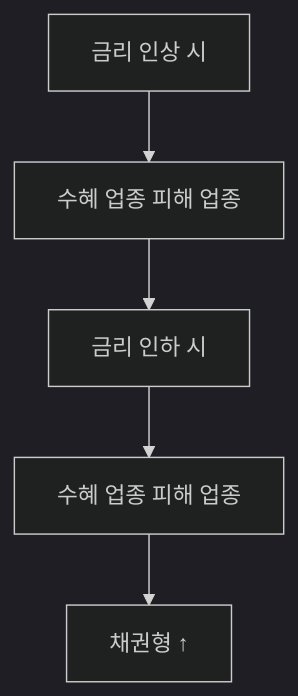
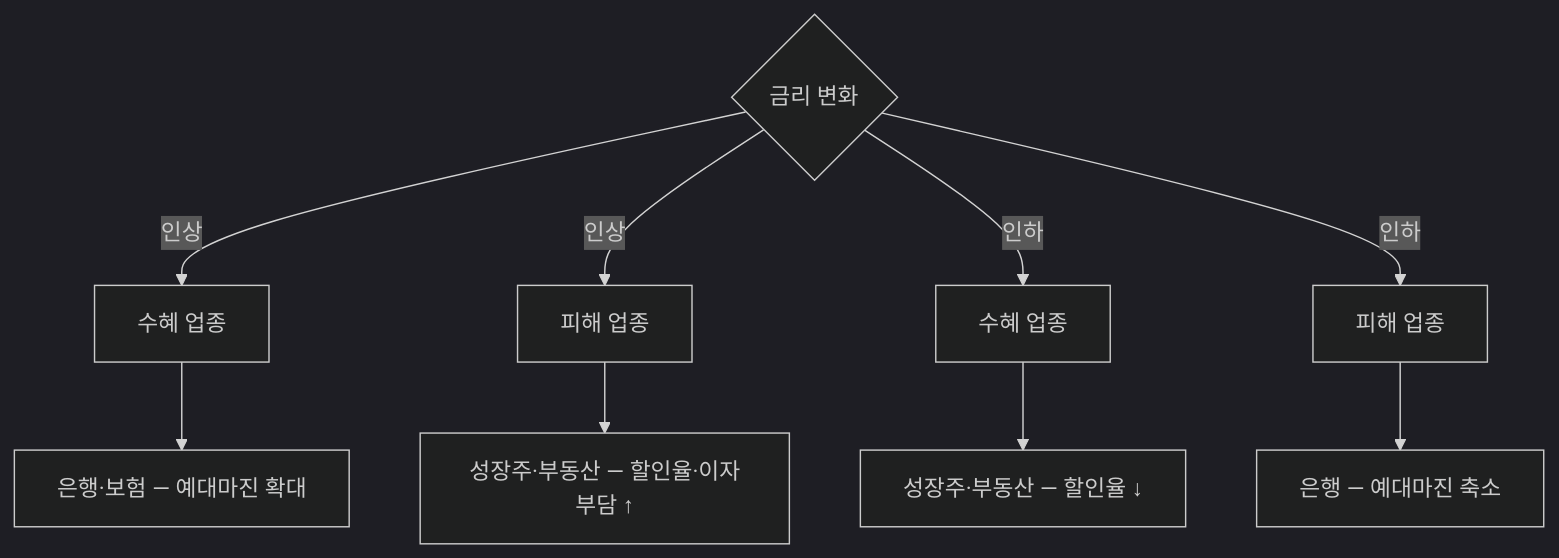
Before and after one commit to yeongseon/stock-visual-note: the diagram in content/stock-terms/ko/level-09-strategy-risk/interest-rate-sensitive.md, drawn with Mermaid (dark theme). The commit also changed other lines of this file and 96 other files, not shown here.

Commit message:
Rewrite all 98 remaining articles: branching Mermaid diagrams, natural search_intent, compelling seo_titles, clean descriptions

````diff
--- a/content/stock-terms/ko/level-09-strategy-risk/interest-rate-sensitive.md
+++ b/content/stock-terms/ko/level-09-strategy-risk/interest-rate-sensitive.md
@@ -42,12 +42,12 @@
 ```mermaid
 graph TD
-    A0["금리 인상 시"]
-    A1["수혜 업종 피해 업종"]
-    A2["금리 인하 시"]
-    A3["수혜 업종 피해 업종"]
-    A4["채권형 ↑"]
-    A0 --> A1
-    A1 --> A2
-    A2 --> A3
-    A3 --> A4
+    A{"금리 변화"}
+    A -->|"인상"| B["수혜 업종"]
+    A -->|"인상"| C["피해 업종"]
+    A -->|"인하"| D["수혜 업종"]
+    A -->|"인하"| E["피해 업종"]
+    B --> B1["은행·보험 — 예대마진 확대"]
+    C --> C1["성장주·부동산 — 할인율·이자부담 ↑"]
+    D --> D1["성장주·부동산 — 할인율 ↓"]
+    E --> E1["은행 — 예대마진 축소"]
 ```
````
